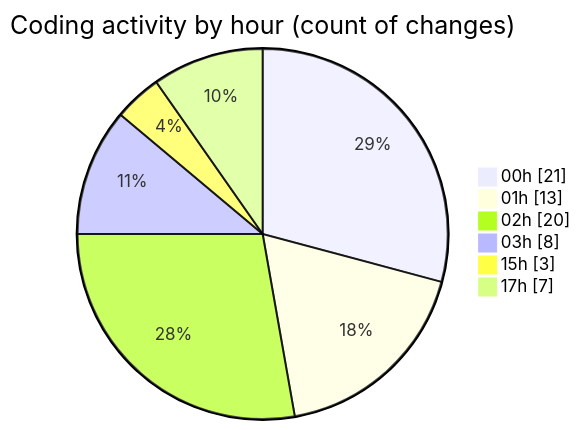
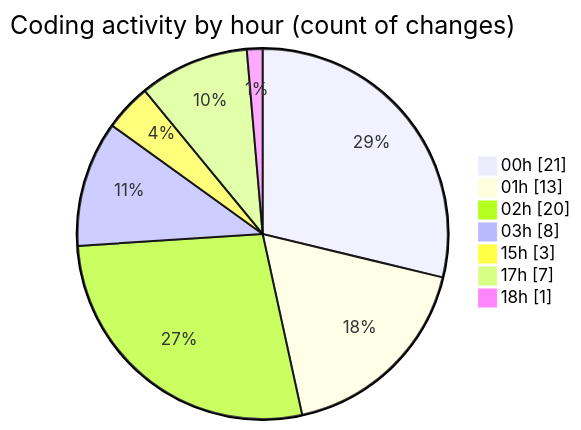
One commit to Ritupan-Deka/code-tracking changed the second of 2 diagrams in 2025-06-22/___base/README.md. Above: the diagram before and after it, drawn with Mermaid. The commit also changed other lines of this file and 1 other file, not shown here.

````diff
--- a/2025-06-22/___base/README.md
+++ b/2025-06-22/___base/README.md
@@ -35,10 +36,11 @@
 ```mermaid
 pie showData
 title Coding activity by hour (count of changes)
 "00h" : 21
 "01h" : 13
 "02h" : 20
 "03h" : 8
 "15h" : 3
 "17h" : 7
+"18h" : 1
 ```
````
